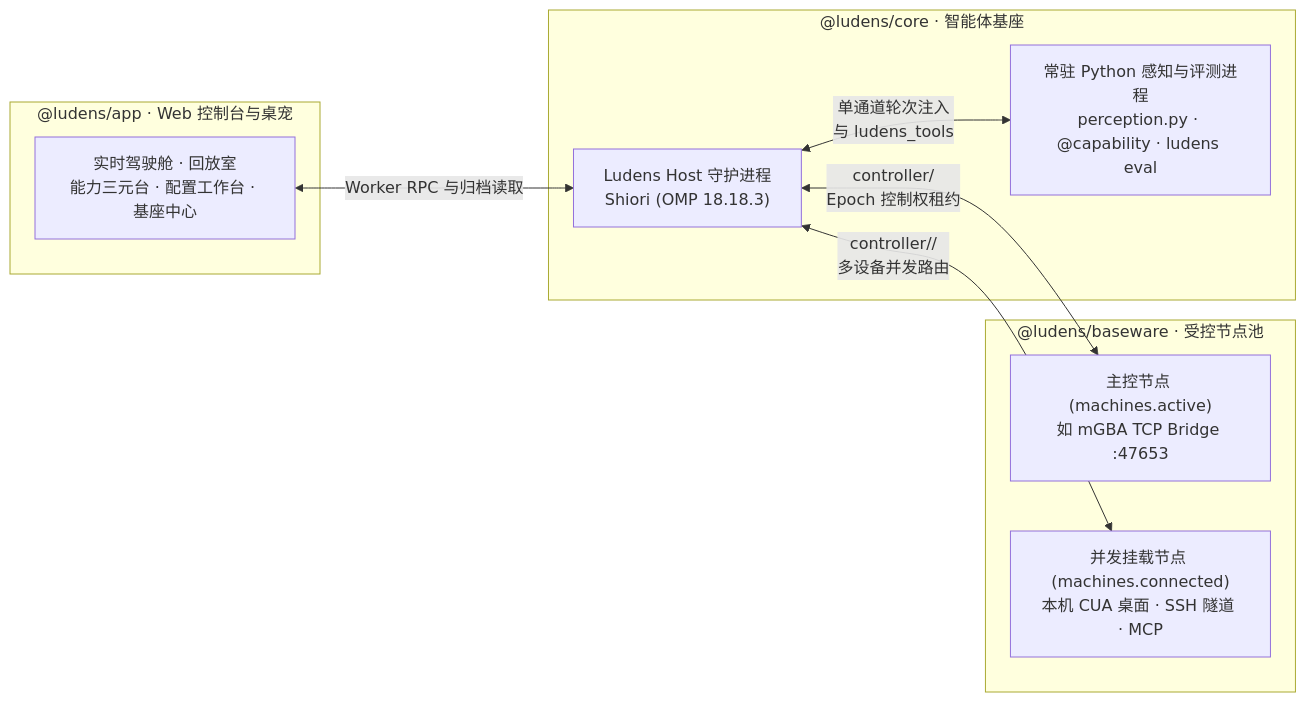
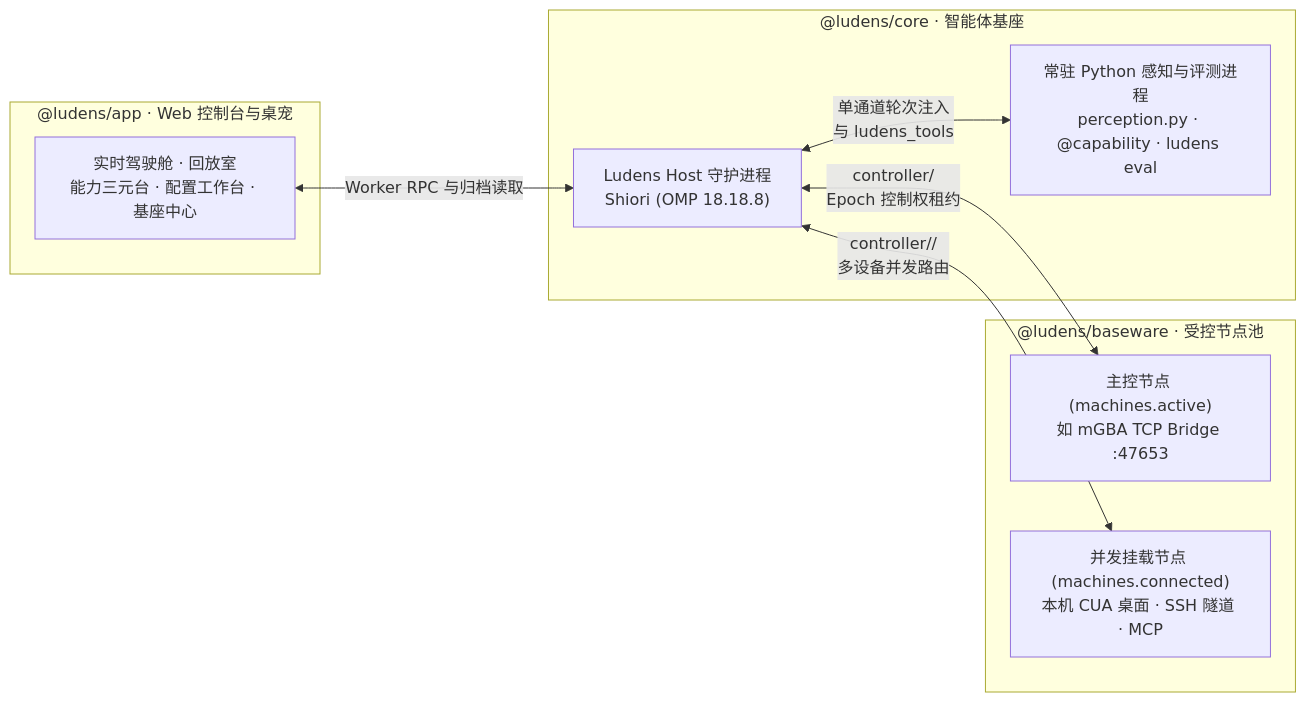
Before and after one commit to Arkevo-Lab/Ludens: the diagram in README.zh.md, drawn with Mermaid. The commit also changed other lines of this file and 11 other files, not shown here.

Commit message:
chore(core): upgrade Shiori OMP runtime to 18.18.8

````diff
--- a/README.zh.md
+++ b/README.zh.md
@@ -68,21 +68,21 @@
 ```mermaid
 flowchart LR
   subgraph Console["@ludens/app · Web 控制台与桌宠"]
     UI["实时驾驶舱 · 回放室\n能力三元台 · 配置工作台 · 基座中心"]
   end
 
   subgraph ControlPlane["@ludens/core · 智能体基座"]
-    Host["Ludens Host 守护进程\nShiori (OMP 18.18.3)"]
+    Host["Ludens Host 守护进程\nShiori (OMP 18.18.8)"]
     Worker["常驻 Python 感知与评测进程\nperception.py · @capability · ludens eval"]
   end
 
   subgraph DevicePlane["@ludens/baseware · 受控节点池"]
     Primary["主控节点 (machines.active)\n如 mGBA TCP Bridge :47653"]
     Secondary["并发挂载节点 (machines.connected)\n本机 CUA 桌面 · SSH 隧道 · MCP"]
   end
 
   UI <-->|"Worker RPC 与归档读取"| Host
   Host <-->|"单通道轮次注入\n与 ludens_tools"| Worker
   Host <-->|"controller/<tool>\nEpoch 控制权租约"| Primary
   Host <-->|"controller/<machineId>/<tool>\n多设备并发路由"| Secondary
 ```
````
